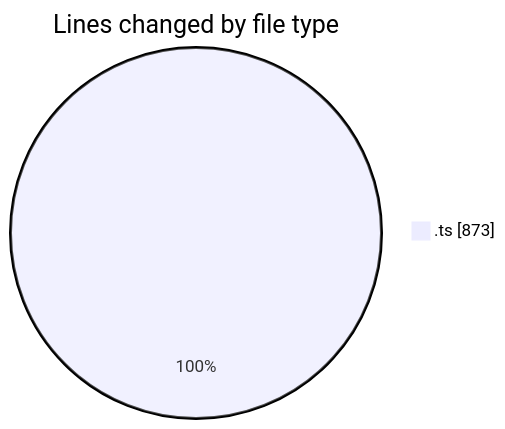
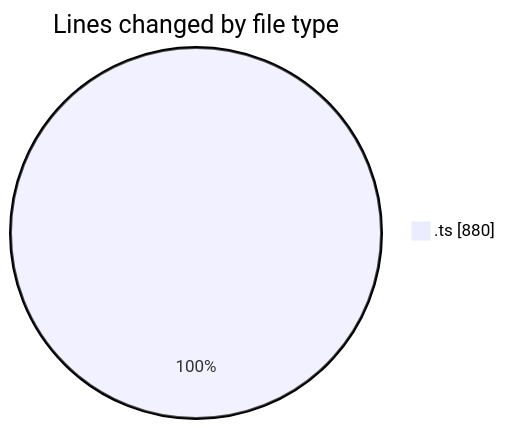
One commit to momahboobian/code-tracking changed the first of 2 diagrams in 2025-08-07/cda/README.md. Above: the diagram before and after it, drawn with Mermaid. The commit also changed other lines of this file and 1 other file, not shown here.

````diff
--- a/2025-08-07/cda/README.md
+++ b/2025-08-07/cda/README.md
@@ -21,5 +21,5 @@
 ```mermaid
 pie showData
 title Lines changed by file type
-".ts" : 873
+".ts" : 880
 ```
````
